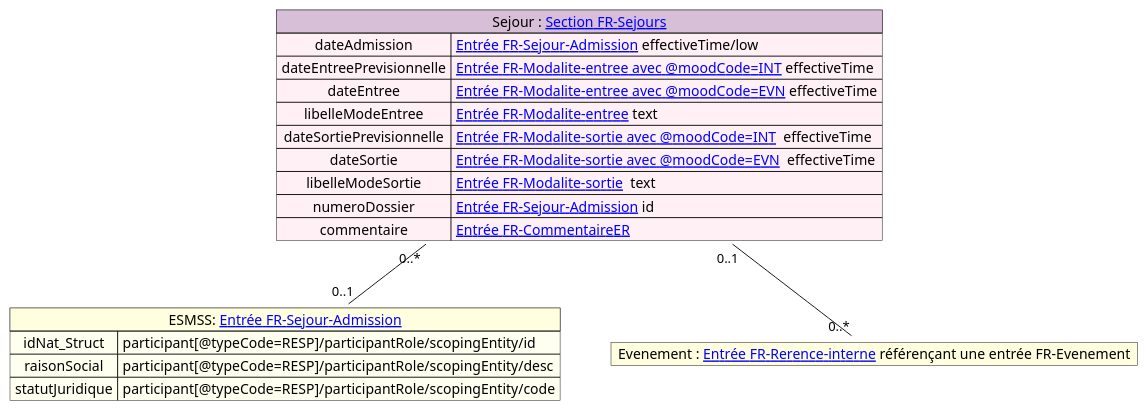
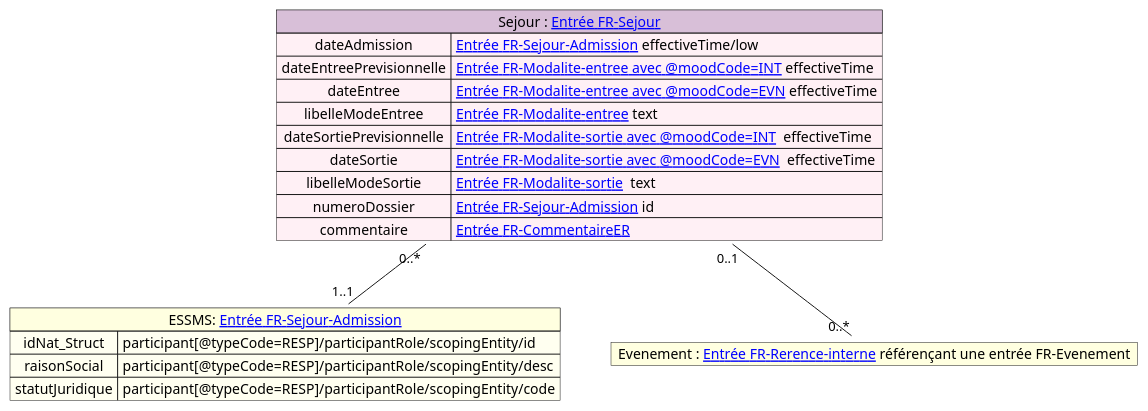
Before and after one commit to ansforge/IG-fhir-transfert-donnees-dui-esms: the diagram in input/images-source/mapping_sejour.plantuml, drawn with PlantUML. The commit also changed 4 other files, not shown here.

```diff
--- a/input/images-source/mapping_sejour.plantuml
+++ b/input/images-source/mapping_sejour.plantuml
@@ -1,30 +1,30 @@
 @startuml
 
 
-map "Sejour : [[contenu_dossier_corps_cda.html Section FR-Sejours]]" as Sejour #back:LavenderBlush;header:Thistle{
+map "Sejour : [[contenu_dossier_corps_cda.html Entrée FR-Sejour]]" as Sejour #back:LavenderBlush;header:Thistle{
     dateAdmission => [[contenu_dossier_corps_cda.html Entrée FR-Sejour-Admission]] effectiveTime/low
     dateEntreePrevisionnelle => [[contenu_dossier_corps_cda.html Entrée FR-Modalite-entree avec @moodCode=INT]] effectiveTime
     dateEntree => [[contenu_dossier_corps_cda.html Entrée FR-Modalite-entree avec @moodCode=EVN]] effectiveTime
     libelleModeEntree => [[contenu_dossier_corps_cda.html Entrée FR-Modalite-entree]] text
     dateSortiePrevisionnelle => [[contenu_dossier_corps_cda.html Entrée FR-Modalite-sortie avec @moodCode=INT]]  effectiveTime
     dateSortie => [[contenu_dossier_corps_cda.html Entrée FR-Modalite-sortie avec @moodCode=EVN]]  effectiveTime
     libelleModeSortie => [[contenu_dossier_corps_cda.html Entrée FR-Modalite-sortie]]  text
     numeroDossier => [[contenu_dossier_corps_cda.html Entrée FR-Sejour-Admission]] id
     commentaire => [[contenu_dossier_corps_cda.html Entrée FR-CommentaireER]]
 }
 
 
-map "ESMSS: [[contenu_dossier_corps_cda.html Entrée FR-Sejour-Admission]]" as ESSMS #back:Ivory;header:LightYellow {
+map "ESSMS: [[contenu_dossier_corps_cda.html Entrée FR-Sejour-Admission]]" as ESSMS #back:Ivory;header:LightYellow {
     idNat_Struct => participant[@typeCode=RESP]/participantRole/scopingEntity/id
     raisonSocial => participant[@typeCode=RESP]/participantRole/scopingEntity/desc
     statutJuridique => participant[@typeCode=RESP]/participantRole/scopingEntity/code
 }
 
 map "Evenement : [[contenu_dossier_corps_cda.html Entrée FR-Rerence-interne]] référençant une entrée FR-Evenement" as Evenement #back:LightYellow;header:LightYellow{
 }
 
-Sejour "0..*" -- "0..1" ESSMS
+Sejour "0..*" -- "1..1" ESSMS
 Sejour "0..1"--"0..*" Evenement
 
 
 @enduml
```
